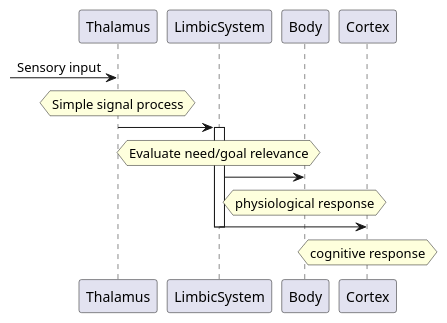
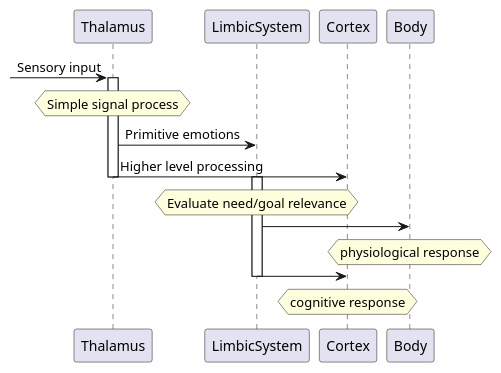
Before and after one commit to konbraphat51/ChanwaangReviews: the diagram in src/data/articles/each/1719069210.md, drawn with PlantUML. The commit also changed other lines of this file, not shown here.

Commit message:
update uml

````diff
--- a/src/data/articles/each/1719069210.md
+++ b/src/data/articles/each/1719069210.md
@@ -6,22 +9,28 @@
 ```plantuml
 @startuml
 
 ?-> Thalamus: Sensory input
 
 hnote over Thalamus: Simple signal process
 
-Thalamus -> LimbicSystem
+activate Thalamus
+
+Thalamus -> LimbicSystem: Primitive emotions
+Thalamus -> Cortex: Higher level processing
+
+deactivate Thalamus
+
 hnote over LimbicSystem: Evaluate need/goal relevance
 
 activate LimbicSystem
 
 LimbicSystem -> Body
 hnote over Body: physiological response
 
 LimbicSystem -> Cortex
 hnote over Cortex: cognitive response
 
 deactivate LimbicSystem
 
 @enduml
 ```
````
